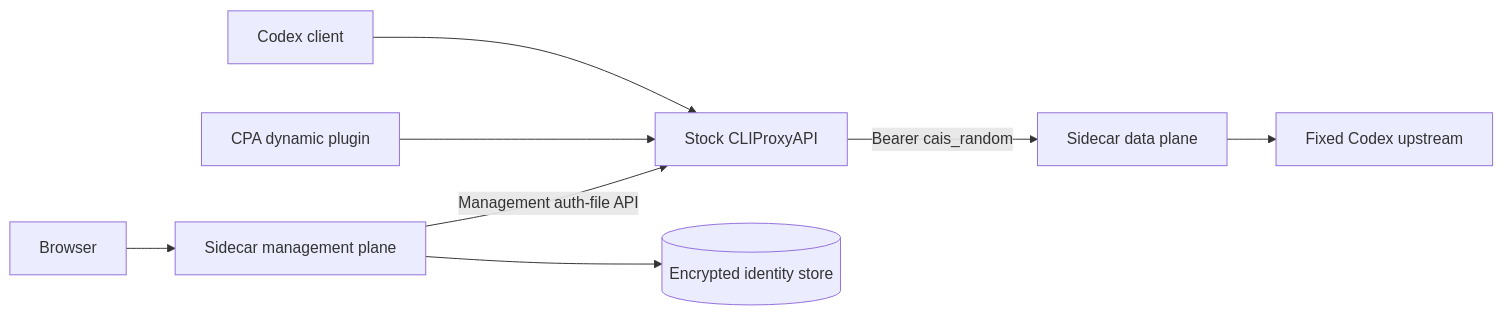
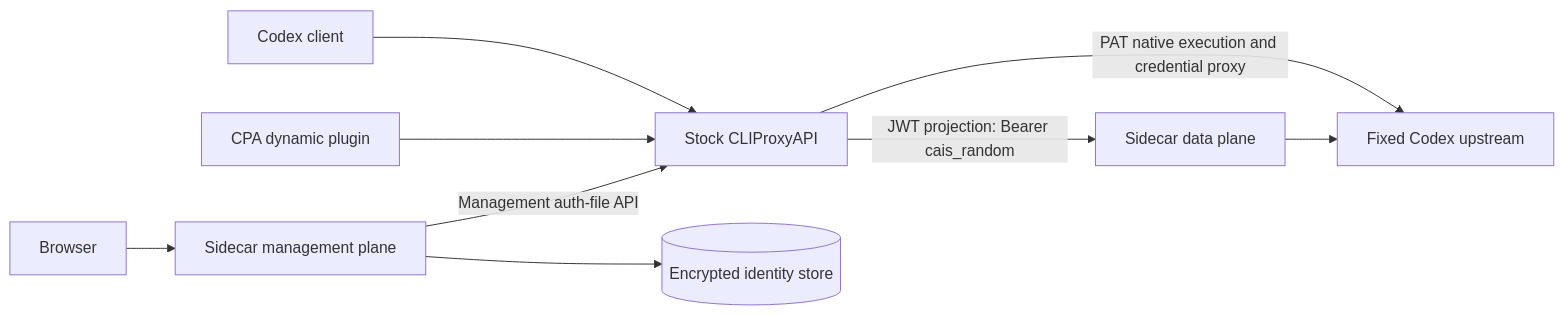
One commit to simplez2/cpa-codex-agent-identity changed the diagram in RUNTIME_LOGIC.zh-CN.md. Above: the diagram before and after it, drawn with Mermaid. The commit also changed other lines of this file and 7 other files, not shown here.

```diff
--- a/RUNTIME_LOGIC.zh-CN.md
+++ b/RUNTIME_LOGIC.zh-CN.md
@@ -8,10 +8,11 @@
 ~~~mermaid
 flowchart LR
     U[Codex client] --> CPA[Stock CLIProxyAPI]
     P[CPA dynamic plugin] --> CPA
-    CPA -->|Bearer cais_random| D[Sidecar data plane]
+    CPA -->|PAT native execution and credential proxy| O[Fixed Codex upstream]
+    CPA -->|JWT projection: Bearer cais_random| D[Sidecar data plane]
     D --> O[Fixed Codex upstream]
     B[Browser] --> M[Sidecar management plane]
     M --> S[(Encrypted identity store)]
     M -->|Management auth-file API| CPA
 ~~~
```
